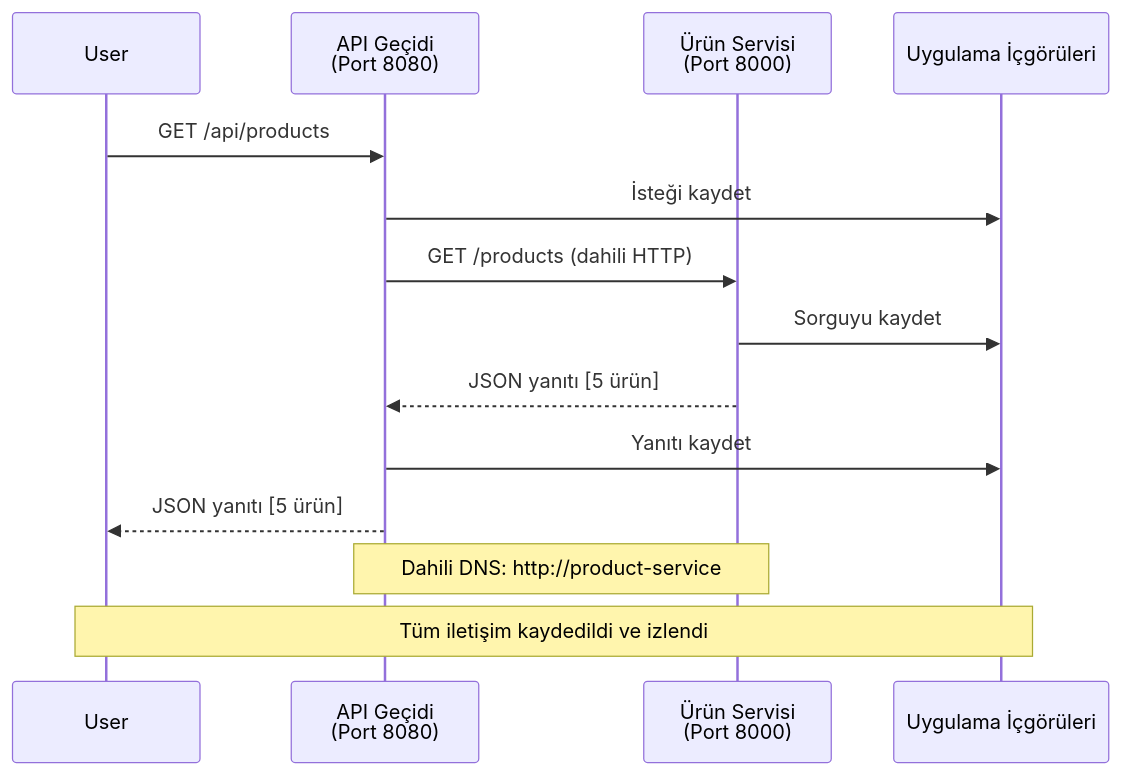
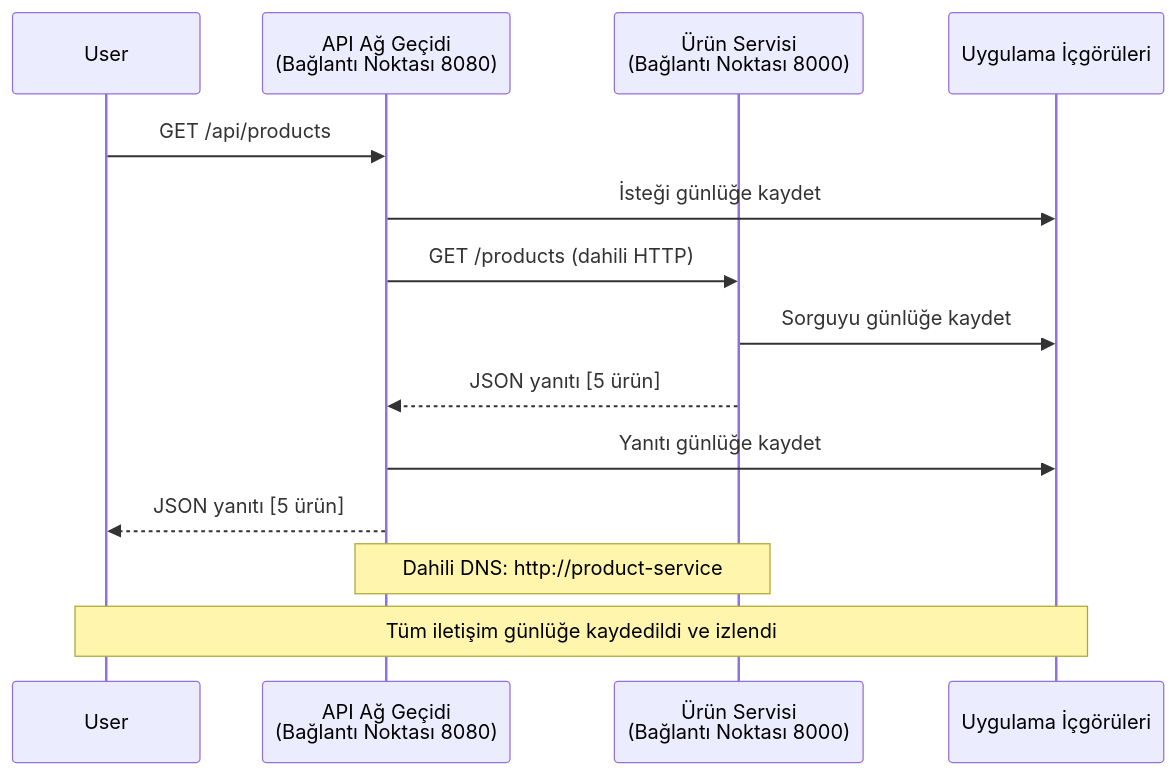
The fourth of 4 diagrams in translations/tr/examples/microservices/README.md (microsoft/AZD-for-beginners), drawn with Mermaid before and after one commit. The commit also changed other lines of this file and 242 other files, not shown here.

````diff
--- a/translations/tr/examples/microservices/README.md
+++ b/translations/tr/examples/microservices/README.md
@@ -432,18 +423,18 @@
 ```mermaid
 sequenceDiagram
     participant User
-    participant Gateway as API Geçidi<br/>(Port 8080)
-    participant Product as Ürün Servisi<br/>(Port 8000)
+    participant Gateway as API Ağ Geçidi<br/>(Bağlantı Noktası 8080)
+    participant Product as Ürün Servisi<br/>(Bağlantı Noktası 8000)
     participant AI as Uygulama İçgörüleri
     
     User->>Gateway: GET /api/products
-    Gateway->>AI: İsteği kaydet
+    Gateway->>AI: İsteği günlüğe kaydet
     Gateway->>Product: GET /products (dahili HTTP)
-    Product->>AI: Sorguyu kaydet
+    Product->>AI: Sorguyu günlüğe kaydet
     Product-->>Gateway: JSON yanıtı [5 ürün]
-    Gateway->>AI: Yanıtı kaydet
+    Gateway->>AI: Yanıtı günlüğe kaydet
     Gateway-->>User: JSON yanıtı [5 ürün]
     
     Note over Gateway,Product: Dahili DNS: http://product-service
-    Note over User,AI: Tüm iletişim kaydedildi ve izlendi
+    Note over User,AI: Tüm iletişim günlüğe kaydedildi ve izlendi
 ```
````
